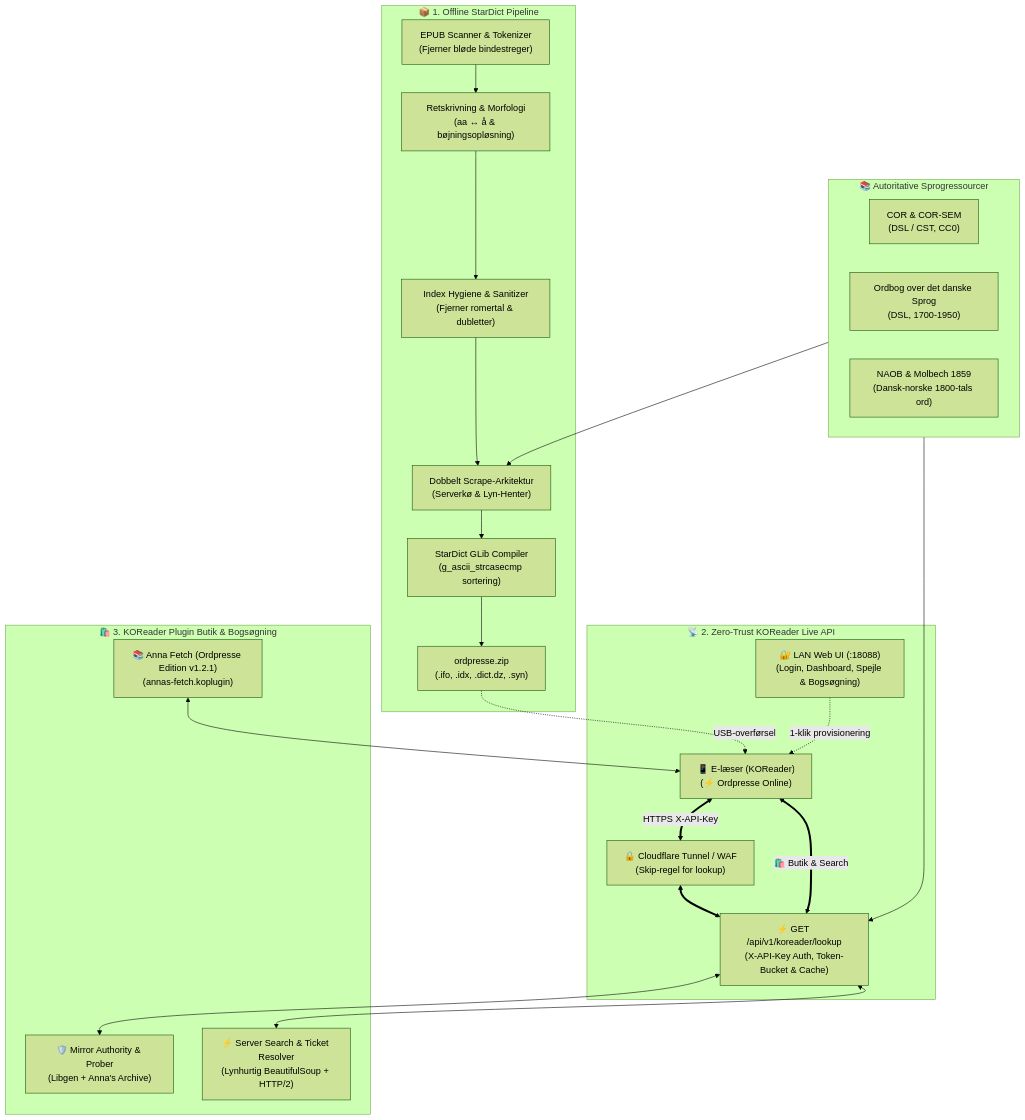
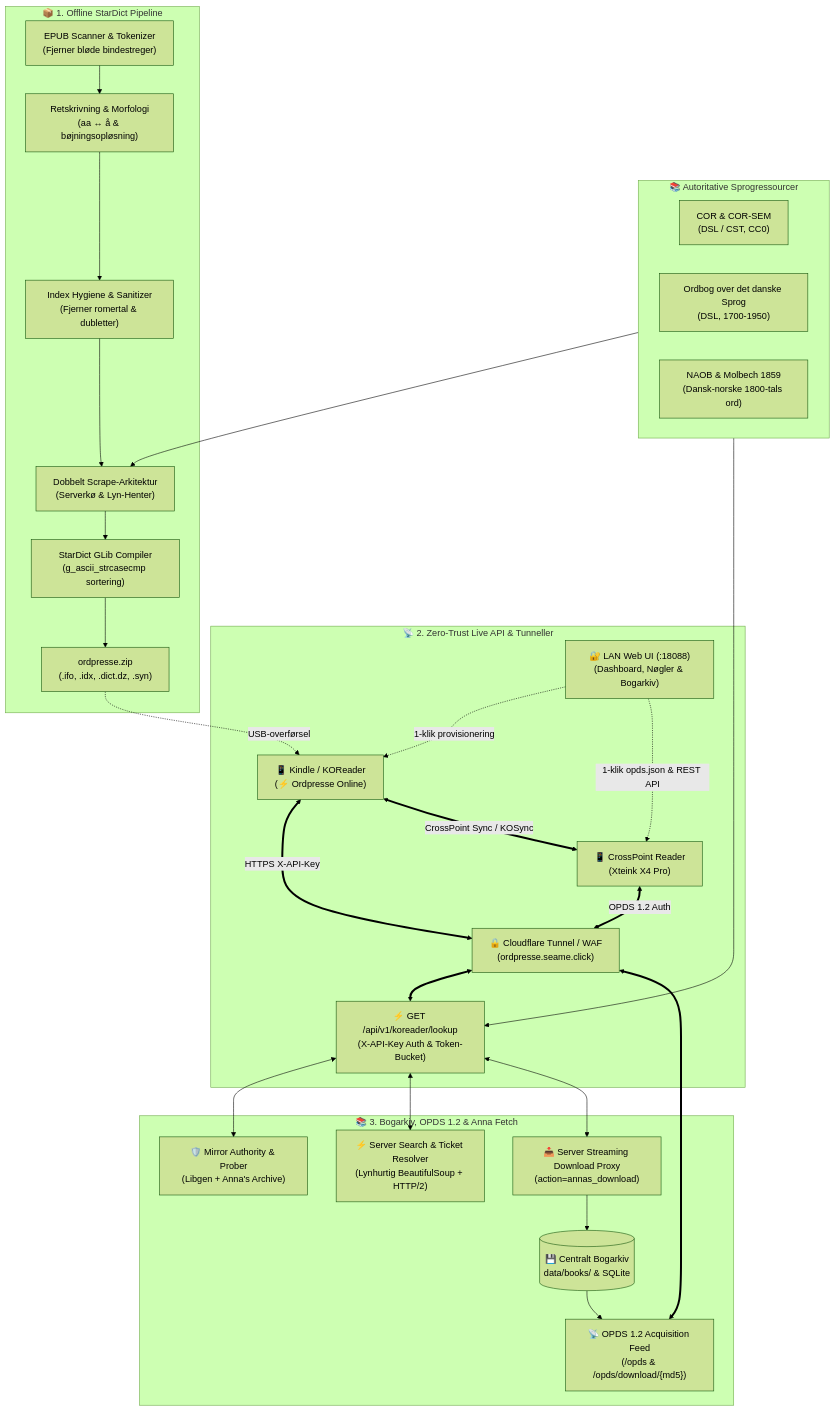
The first of 2 diagrams in README.md (massovercharge/ordpresse), drawn with Mermaid (forest theme) before and after one commit. The commit also changed other lines of this file and 1 other file, not shown here.

Commit message:
docs: update README with central book archive, OPDS 1.2 catalog and CrossPoint setup

````diff
--- a/README.md
+++ b/README.md
@@ -30,41 +31,48 @@
 ```mermaid
 flowchart TD
     subgraph Kilder [📚 Autoritative Sprogressourcer]
         COR["COR & COR-SEM<br/>(DSL / CST, CC0)"]
         ODS["Ordbog over det danske Sprog<br/>(DSL, 1700-1950)"]
         NAOB["NAOB & Molbech 1859<br/>(Dansk-norske 1800-tals ord)"]
     end
 
     subgraph Offline [📦 1. Offline StarDict Pipeline]
         SCAN["EPUB Scanner & Tokenizer<br/>(Fjerner bløde bindestreger)"]
         ORTHO["Retskrivning & Morfologi<br/>(aa ↔ å & bøjningsopløsning)"]
         HYGIENE["Index Hygiene & Sanitizer<br/>(Fjerner romertal & dubletter)"]
         SCRAPE["Dobbelt Scrape-Arkitektur<br/>(Serverkø & Lyn-Henter)"]
         COMPILER["StarDict GLib Compiler<br/>(g_ascii_strcasecmp sortering)"]
         BUNDLE["ordpresse.zip<br/>(.ifo, .idx, .dict.dz, .syn)"]
     end
 
-    subgraph Online [📡 2. Zero-Trust KOReader Live API]
-        DEVICE["📱 E-læser (KOReader)<br/>(⚡ Ordpresse Online)"]
-        TUNNEL["🔒 Cloudflare Tunnel / WAF<br/>(Skip-regel for lookup)"]
-        LOOKUP_API["⚡ GET /api/v1/koreader/lookup<br/>(X-API-Key Auth, Token-Bucket & Cache)"]
-        ADMIN_UI["🔐 LAN Web UI (:18088)<br/>(Login, Dashboard, Spejle & Bogsøgning)"]
+    subgraph Online [📡 2. Zero-Trust Live API & Tunneller]
+        KINDLE["📱 Kindle / KOReader<br/>(⚡ Ordpresse Online)"]
+        CROSSPOINT["📱 CrossPoint Reader<br/>(Xteink X4 Pro)"]
+        TUNNEL["🔒 Cloudflare Tunnel / WAF<br/>(ordpresse.seame.click)"]
+        LOOKUP_API["⚡ GET /api/v1/koreader/lookup<br/>(X-API-Key Auth & Token-Bucket)"]
+        ADMIN_UI["🔐 LAN Web UI (:18088)<br/>(Dashboard, Nøgler & Bogarkiv)"]
     end
 
-    subgraph Store [🛍️ 3. KOReader Plugin Butik & Bogsøgning]
-        ANNAS_FETCH["📚 Anna Fetch (Ordpresse Edition v1.2.1)<br/>(annas-fetch.koplugin)"]
+    subgraph StoreAndOPDS [📚 3. Bogarkiv, OPDS 1.2 & Anna Fetch]
         PROBER["🛡️ Mirror Authority & Prober<br/>(Libgen + Anna's Archive)"]
         SERVER_SEARCH["⚡ Server Search & Ticket Resolver<br/>(Lynhurtig BeautifulSoup + HTTP/2)"]
+        DOWNLOAD_PROXY["📥 Server Streaming Download Proxy<br/>(action=annas_download)"]
+        BOOKS_ARCHIVE[("💾 Centralt Bogarkiv<br/>data/books/ & SQLite")]
+        OPDS_FEED["📡 OPDS 1.2 Acquisition Feed<br/>(/opds & /opds/download/{md5})"]
     end
 
     SCAN --> ORTHO --> HYGIENE --> SCRAPE --> COMPILER --> BUNDLE
     Kilder --> SCRAPE
     Kilder --> LOOKUP_API
-    BUNDLE -.->|USB-overførsel| DEVICE
-    DEVICE <==>|HTTPS X-API-Key| TUNNEL <==> LOOKUP_API
-    ADMIN_UI -.->|1-klik provisionering| DEVICE
+    BUNDLE -.->|USB-overførsel| KINDLE
+    KINDLE <==>|HTTPS X-API-Key| TUNNEL <==> LOOKUP_API
+    ADMIN_UI -.->|1-klik provisionering| KINDLE
+    ADMIN_UI -.->|1-klik opds.json & REST API| CROSSPOINT
     LOOKUP_API <--> PROBER
     LOOKUP_API <--> SERVER_SEARCH
-    DEVICE <==>|🛍️ Butik & Search| LOOKUP_API
-    ANNAS_FETCH <--> DEVICE
+    LOOKUP_API <--> DOWNLOAD_PROXY
+    DOWNLOAD_PROXY --> BOOKS_ARCHIVE
+    BOOKS_ARCHIVE --> OPDS_FEED
+    CROSSPOINT <==>|OPDS 1.2 Auth| TUNNEL <==> OPDS_FEED
+    KINDLE <==>|CrossPoint Sync / KOSync| CROSSPOINT
 ```
````
